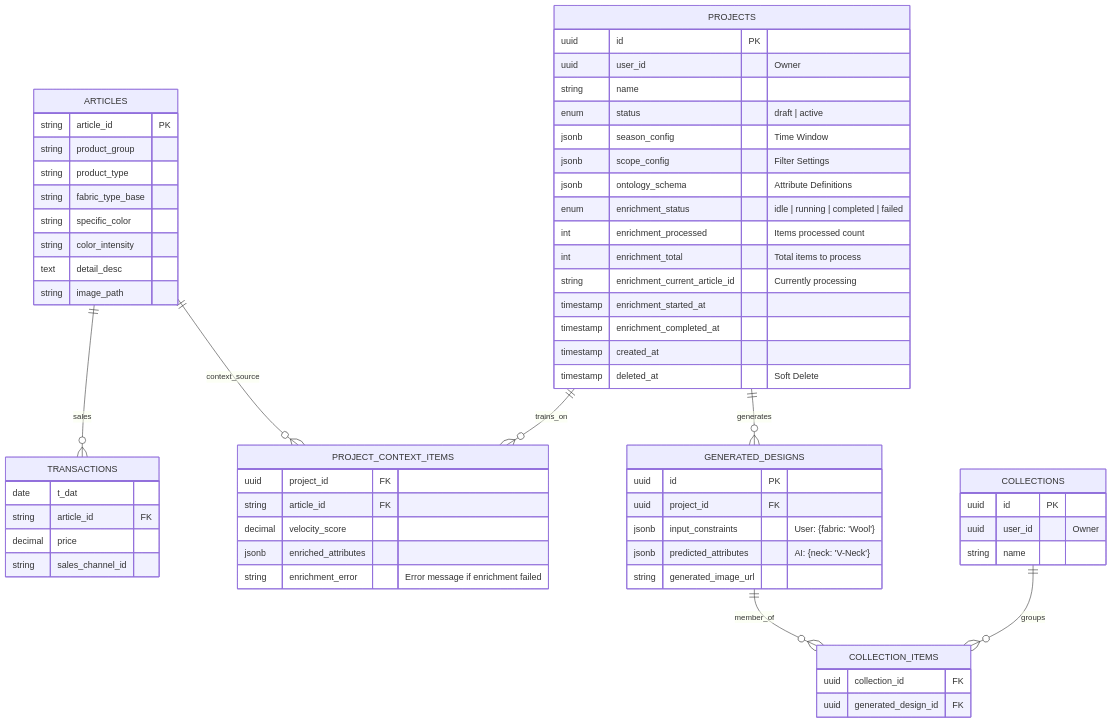
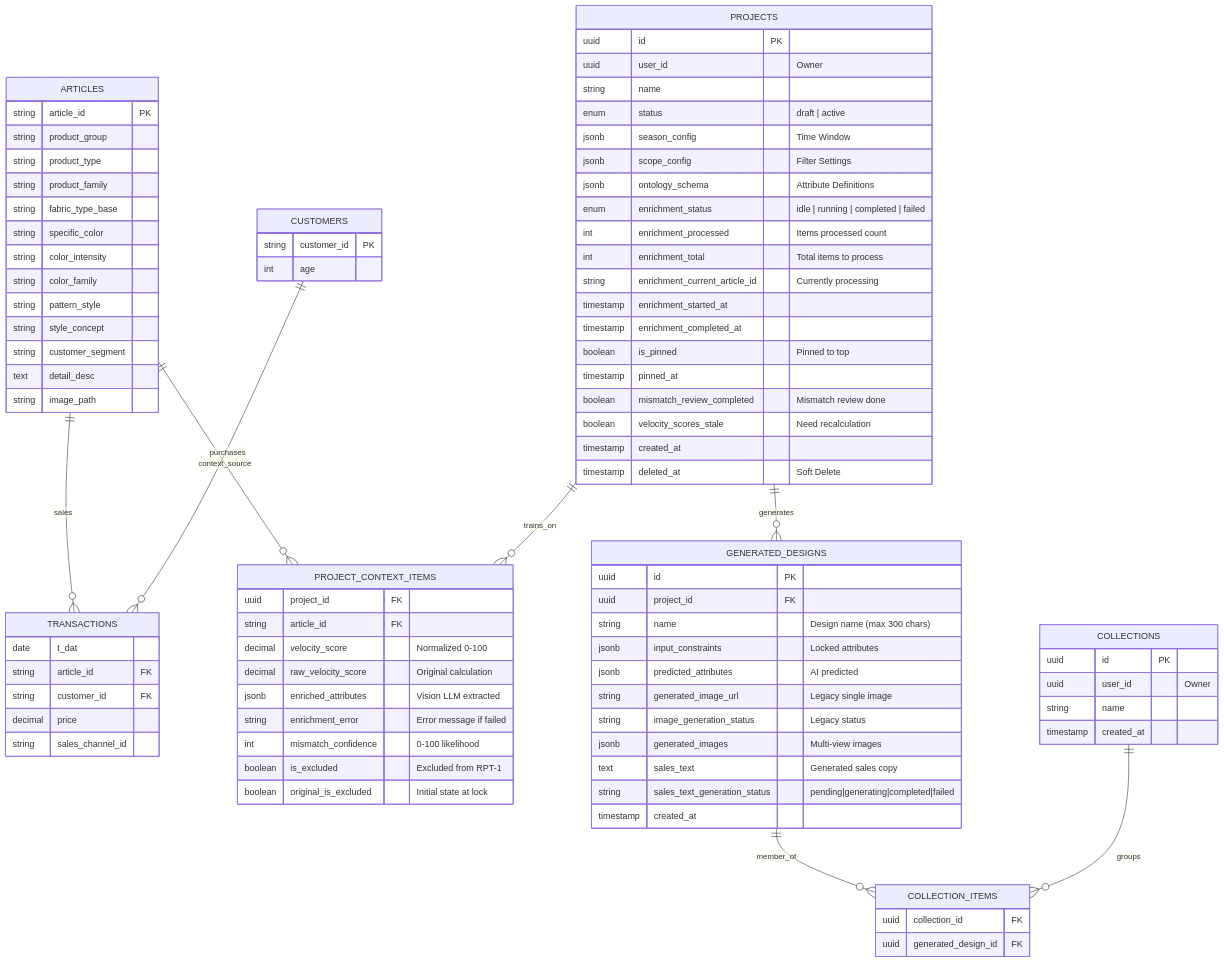
One commit to DaniPolishchuk/Fashion-Trend-Alchemist changed the diagram in docs/DataModel.md. Above: the diagram before and after it, drawn with Mermaid. The commit also changed other lines of this file and 9 other files, not shown here.

Commit message:
Image generation overhaul & renaming of secondary image

```diff
--- a/docs/DataModel.md
+++ b/docs/DataModel.md
@@ -5,9 +5,14 @@
         string article_id PK
         string product_group
         string product_type
+        string product_family
         string fabric_type_base
         string specific_color
         string color_intensity
+        string color_family
+        string pattern_style
+        string style_concept
+        string customer_segment
         text detail_desc
         string image_path
     }
@@ -15,8 +20,14 @@
     TRANSACTIONS {
         date t_dat
         string article_id FK
+        string customer_id FK
         decimal price
         string sales_channel_id
+    }
+
+    CUSTOMERS {
+        string customer_id PK
+        int age
     }
 
     %% 2. PROJECT STATE
@@ -34,6 +45,10 @@
         string enrichment_current_article_id "Currently processing"
         timestamp enrichment_started_at
         timestamp enrichment_completed_at
+        boolean is_pinned "Pinned to top"
+        timestamp pinned_at
+        boolean mismatch_review_completed "Mismatch review done"
+        boolean velocity_scores_stale "Need recalculation"
         timestamp created_at
         timestamp deleted_at "Soft Delete"
     }
@@ -42,18 +57,28 @@
     PROJECT_CONTEXT_ITEMS {
         uuid project_id FK
         string article_id FK
-        decimal velocity_score
-        jsonb enriched_attributes
-        string enrichment_error "Error message if enrichment failed"
+        decimal velocity_score "Normalized 0-100"
+        decimal raw_velocity_score "Original calculation"
+        jsonb enriched_attributes "Vision LLM extracted"
+        string enrichment_error "Error message if failed"
+        int mismatch_confidence "0-100 likelihood"
+        boolean is_excluded "Excluded from RPT-1"
+        boolean original_is_excluded "Initial state at lock"
     }
 
     %% 4. RESULTS (The Contract vs Fulfillment)
     GENERATED_DESIGNS {
         uuid id PK
         uuid project_id FK
-        jsonb input_constraints "User: {fabric: 'Wool'}"
-        jsonb predicted_attributes "AI: {neck: 'V-Neck'}"
-        string generated_image_url
+        string name "Design name (max 300 chars)"
+        jsonb input_constraints "Locked attributes"
+        jsonb predicted_attributes "AI predicted"
+        string generated_image_url "Legacy single image"
+        string image_generation_status "Legacy status"
+        jsonb generated_images "Multi-view images"
+        text sales_text "Generated sales copy"
+        string sales_text_generation_status "pending|generating|completed|failed"
+        timestamp created_at
     }
 
     %% 5. COLLECTIONS
@@ -61,6 +86,7 @@
         uuid id PK
         uuid user_id "Owner"
         string name
+        timestamp created_at
     }
 
     COLLECTION_ITEMS {
@@ -69,6 +95,7 @@
     }
 
     ARTICLES ||--o{ TRANSACTIONS : sales
+    CUSTOMERS ||--o{ TRANSACTIONS : purchases
     ARTICLES ||--o{ PROJECT_CONTEXT_ITEMS : context_source
     PROJECTS ||--o{ PROJECT_CONTEXT_ITEMS : trains_on
     PROJECTS ||--o{ GENERATED_DESIGNS : generates
```
